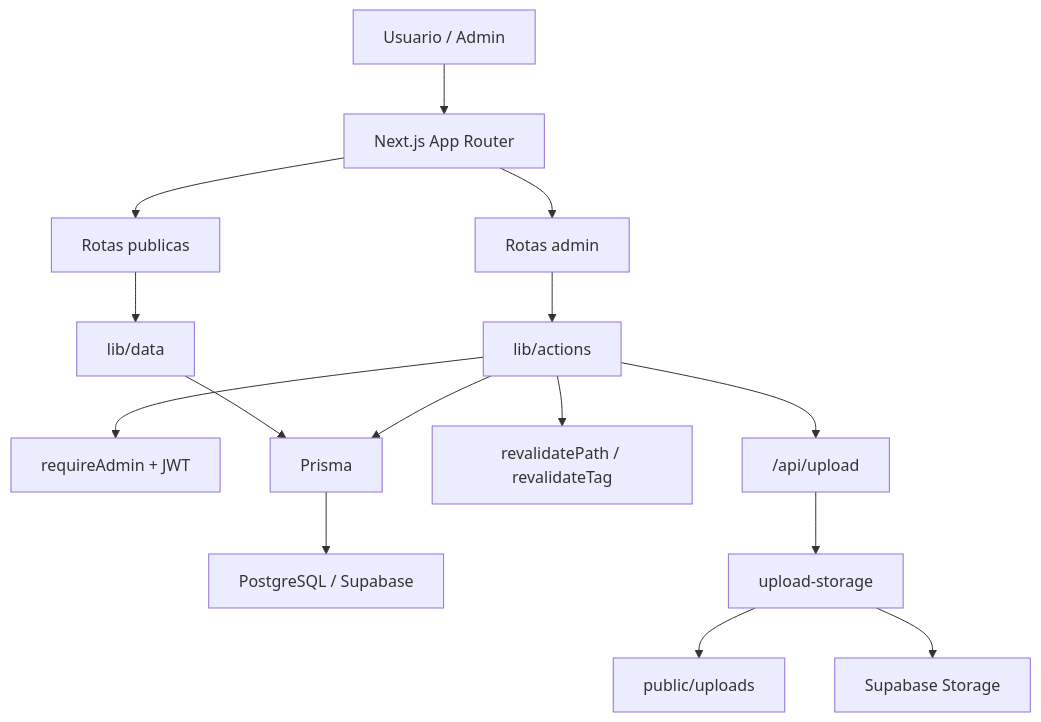
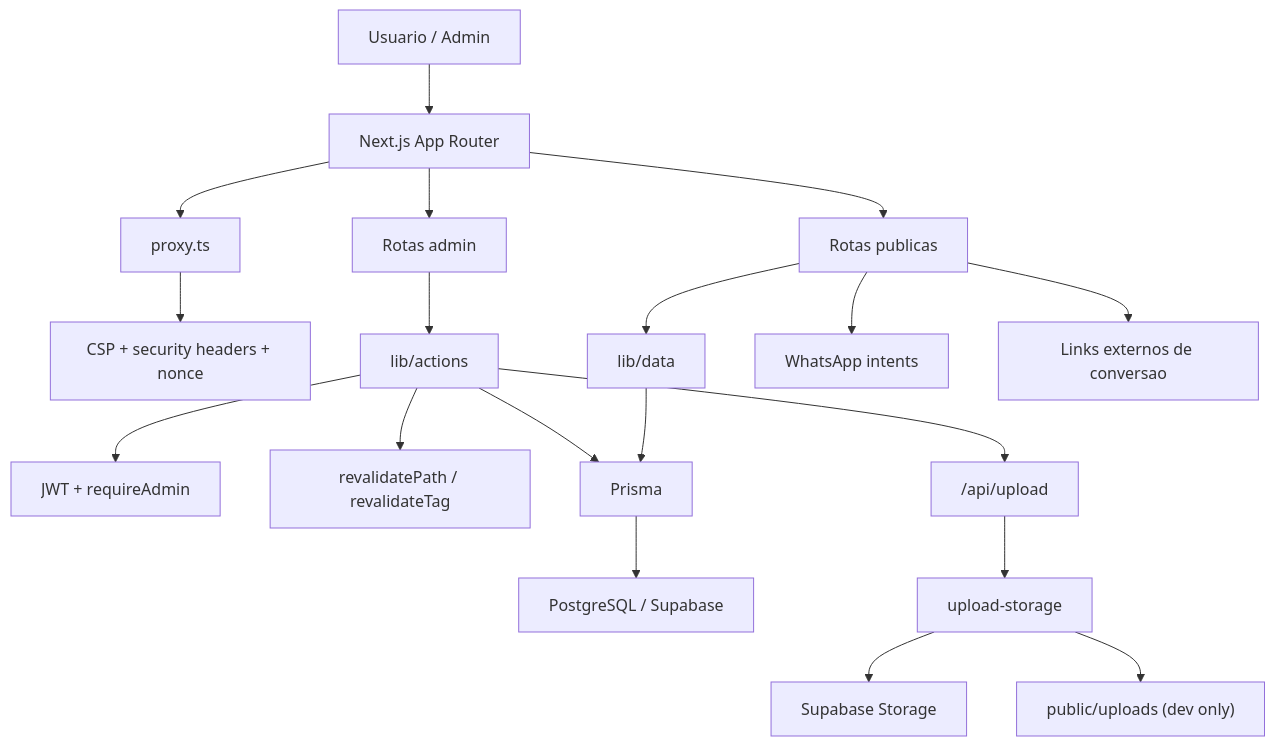
Before and after one commit to Jampras/Eliane-Marques: the diagram in docs/ARCHITECTURE.md, drawn with Mermaid. The commit also changed other lines of this file and 6 other files, not shown here.

````diff
--- a/docs/ARCHITECTURE.md
+++ b/docs/ARCHITECTURE.md
@@ -12,17 +13,21 @@
 ```mermaid
 flowchart TD
     U["Usuario / Admin"] --> APP["Next.js App Router"]
     APP --> PUB["Rotas publicas"]
     APP --> ADM["Rotas admin"]
+    APP --> PROXY["proxy.ts"]
+    PROXY --> SEC["CSP + security headers + nonce"]
     PUB --> DATA["lib/data"]
     ADM --> ACT["lib/actions"]
-    ACT --> AUTH["requireAdmin + JWT"]
+    ACT --> AUTH["JWT + requireAdmin"]
+    ACT --> CACHE["revalidatePath / revalidateTag"]
     DATA --> PRISMA["Prisma"]
     ACT --> PRISMA
     PRISMA --> DB["PostgreSQL / Supabase"]
-    ACT --> CACHE["revalidatePath / revalidateTag"]
     ACT --> UP["/api/upload"]
     UP --> STORAGE["upload-storage"]
-    STORAGE --> LOCAL["public/uploads"]
     STORAGE --> SUPA["Supabase Storage"]
+    STORAGE --> LOCAL["public/uploads (dev only)"]
+    PUB --> WA["WhatsApp intents"]
+    PUB --> EXT["Links externos de conversao"]
 ```
````
